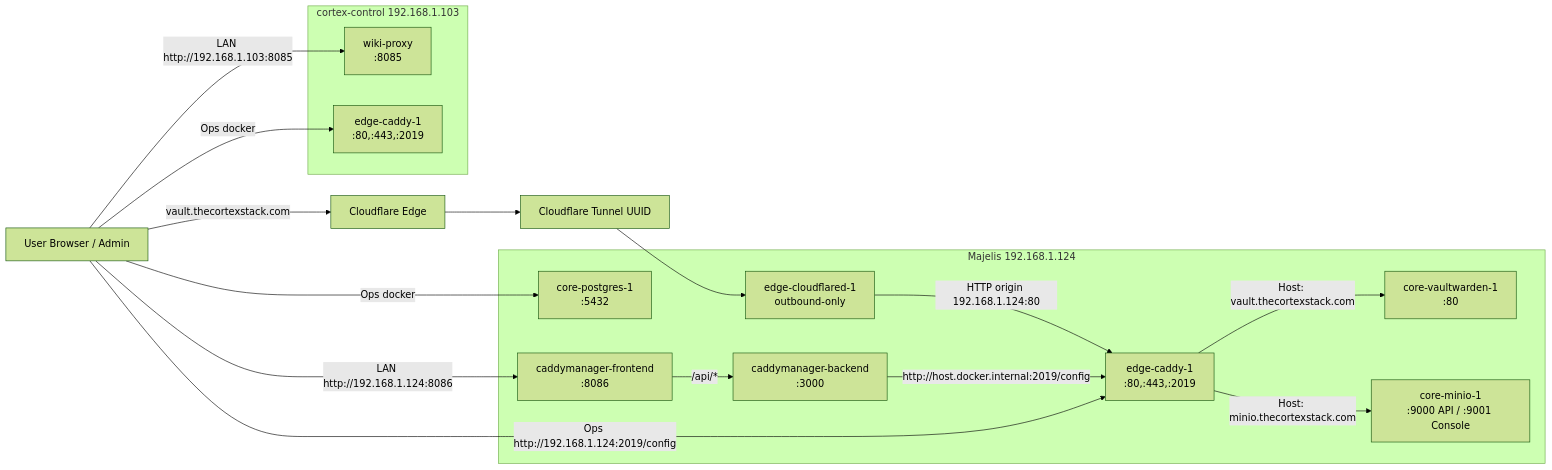
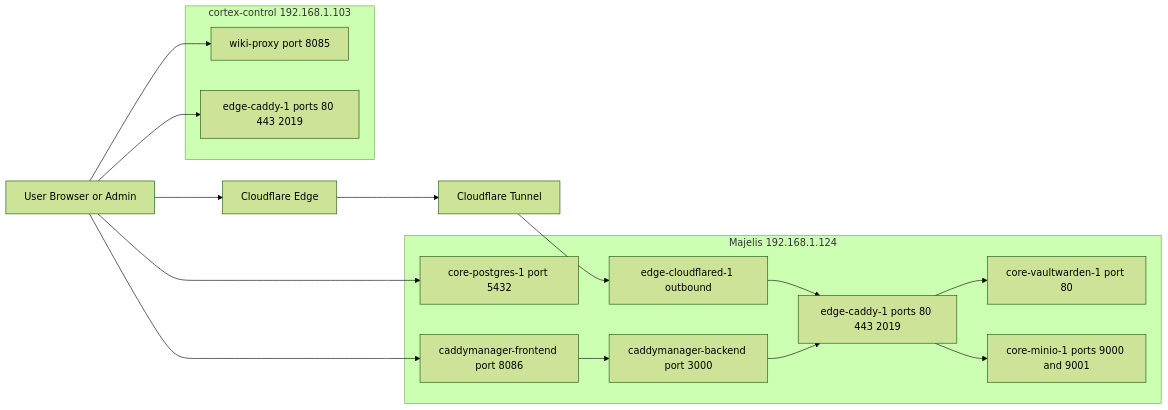
Before and after one commit to msm028/Cortex: the first of 2 diagrams in docs/architecture-diagrams.md, drawn with Mermaid (forest theme). The commit also changed other lines of this file, not shown here.

Commit message:
docs: simplify mermaid diagrams for parser compatibility

````diff
--- a/docs/architecture-diagrams.md
+++ b/docs/architecture-diagrams.md
@@ -5,34 +5,35 @@
 ```mermaid
 flowchart LR
-  user[User Browser / Admin]
-  cfedge[Cloudflare Edge]
-  cftun[Cloudflare Tunnel UUID]
+  user["User Browser or Admin"]
+  cfedge["Cloudflare Edge"]
+  cftun["Cloudflare Tunnel"]
 
-  subgraph majelis[Majelis 192.168.1.124]
-    caddy[edge-caddy-1\n:80,:443,:2019]
-    cfagent[edge-cloudflared-1\noutbound-only]
-    vw[core-vaultwarden-1\n:80]
-    minio[core-minio-1\n:9000 API / :9001 Console]
-    pg[core-postgres-1\n:5432]
-    cmf[caddymanager-frontend\n:8086]
-    cmb[caddymanager-backend\n:3000]
+  subgraph majelis["Majelis 192.168.1.124"]
+    caddy["edge-caddy-1 ports 80 443 2019"]
+    cfagent["edge-cloudflared-1 outbound"]
+    vw["core-vaultwarden-1 port 80"]
+    minio["core-minio-1 ports 9000 and 9001"]
+    pg["core-postgres-1 port 5432"]
+    cmf["caddymanager-frontend port 8086"]
+    cmb["caddymanager-backend port 3000"]
   end
 
-  subgraph control[cortex-control 192.168.1.103]
-    wiki[wiki-proxy\n:8085]
-    caddy2[edge-caddy-1\n:80,:443,:2019]
+  subgraph control["cortex-control 192.168.1.103"]
+    wiki["wiki-proxy port 8085"]
+    caddy2["edge-caddy-1 ports 80 443 2019"]
   end
 
-  user -->|vault.thecortexstack.com| cfedge
-  cfedge --> cftun --> cfagent -->|HTTP origin 192.168.1.124:80| caddy
-  caddy -->|Host: vault.thecortexstack.com| vw
-  caddy -->|Host: minio.thecortexstack.com| minio
+  user --> cfedge
+  cfedge --> cftun
+  cftun --> cfagent
+  cfagent --> caddy
+  caddy --> vw
+  caddy --> minio
 
-  user -->|LAN http://192.168.1.103:8085| wiki
-  user -->|LAN http://192.168.1.124:8086| cmf
-  cmf -->|/api/*| cmb
-  cmb -->|http://host.docker.internal:2019/config| caddy
-  user -->|Ops http://192.168.1.124:2019/config| caddy
-  user -->|Ops docker| pg
-  user -->|Ops docker| caddy2
+  user --> wiki
+  user --> cmf
+  cmf --> cmb
+  cmb --> caddy
+  user --> pg
+  user --> caddy2
 ```
````
